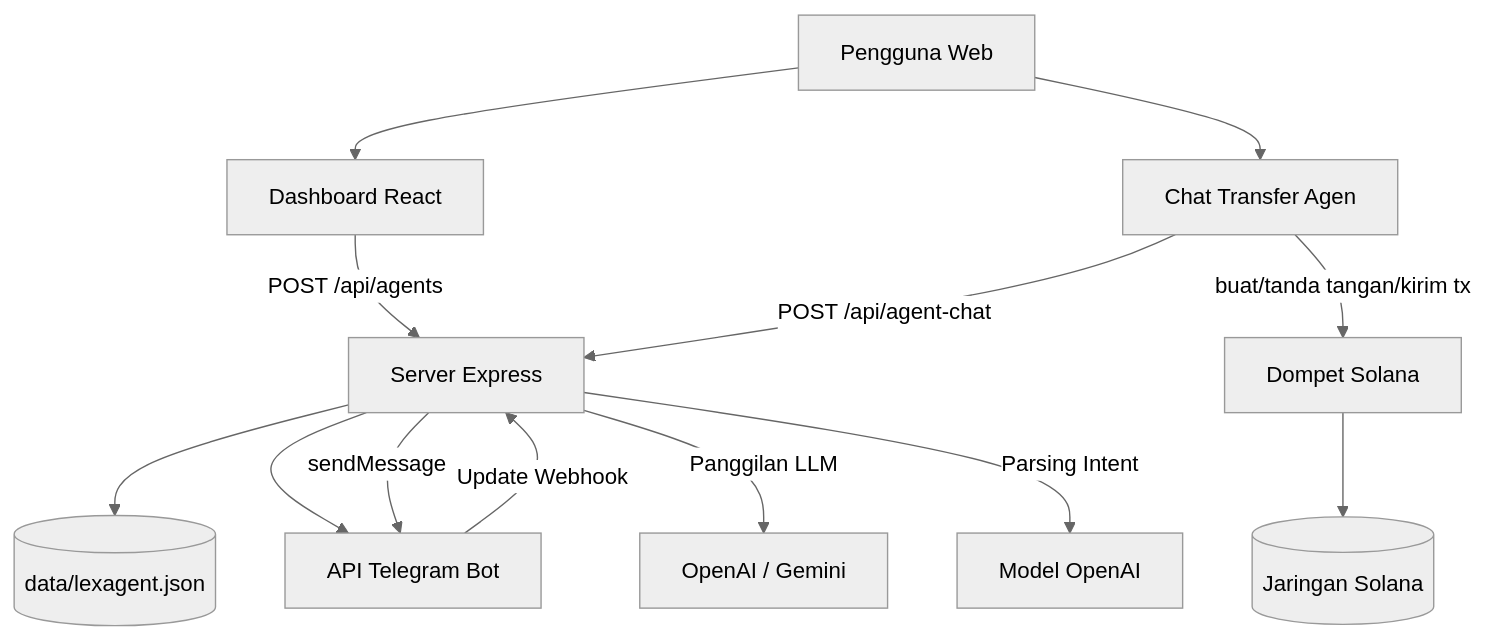
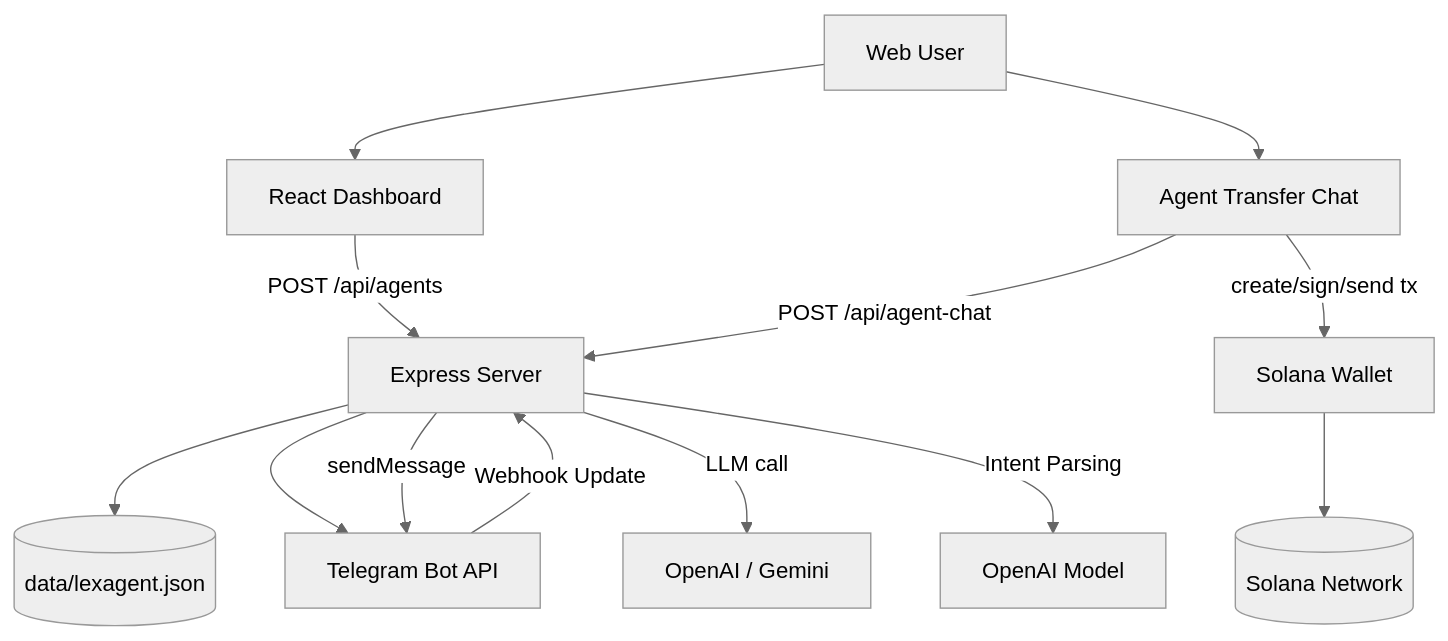
One commit to jennitsme/Lexagent changed the diagram in README.md. Above: the diagram before and after it, drawn with Mermaid (neutral theme). The commit also changed other lines of this file, not shown here.

````diff
--- a/README.md
+++ b/README.md
@@ -118,16 +118,16 @@
 ```mermaid
 flowchart TD
-    U[Pengguna Web] --> F[Dashboard React]
-    F -->|POST /api/agents| B[Server Express]
+    U[Web User] --> F[React Dashboard]
+    F -->|POST /api/agents| B[Express Server]
     B --> D[(data/lexagent.json)]
-    B --> T[API Telegram Bot]
-    T -->|Update Webhook| B
-    B -->|Panggilan LLM| L[OpenAI / Gemini]
+    B --> T[Telegram Bot API]
+    T -->|Webhook Update| B
+    B -->|LLM call| L[OpenAI / Gemini]
     B -->|sendMessage| T
 
-    U --> C[Chat Transfer Agen]
+    U --> C[Agent Transfer Chat]
     C -->|POST /api/agent-chat| B
-    B -->|Parsing Intent| O[Model OpenAI]
-    C -->|buat/tanda tangan/kirim tx| S[Dompet Solana]
-    S --> N[(Jaringan Solana)]
+    B -->|Intent Parsing| O[OpenAI Model]
+    C -->|create/sign/send tx| S[Solana Wallet]
+    S --> N[(Solana Network)]
 ```
````
